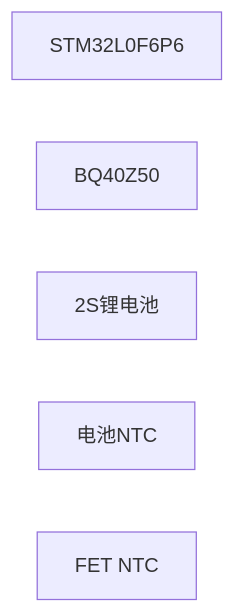
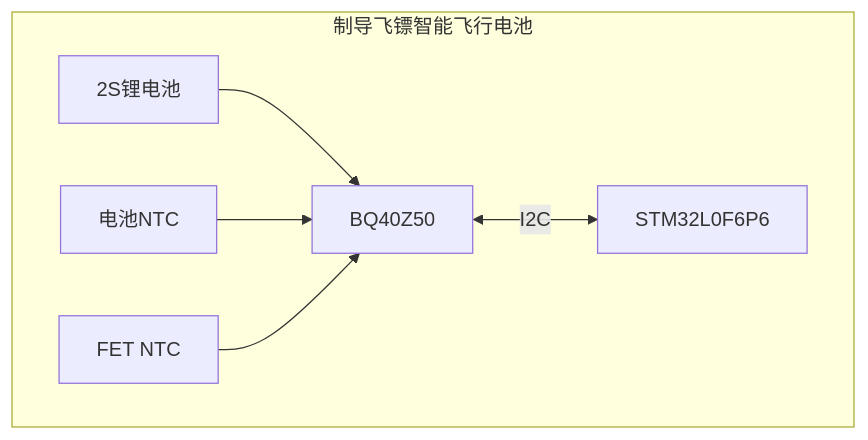
The first of 4 diagrams in src/dart_bms/README.md (CodeMax-aaaaa/dart-ros2-workspace), drawn with Mermaid before and after one commit. The commit also changed other lines of this file, not shown here.

````diff
--- a/src/dart_bms/README.md
+++ b/src/dart_bms/README.md
@@ -9,9 +9,16 @@
 ```mermaid
-graph LR
-    A[STM32L0F6P6]
-    B[BQ40Z50]
-    C[2S锂电池]
-    D[电池NTC]
-    E[FET NTC]
+graph TD
+    subgraph 制导飞镖智能飞行电池
+        A[STM32L0F6P6]
+        B[BQ40Z50]
+        C[2S锂电池]
+        D[电池NTC]
+        E[FET NTC]
+        C --> B
+        D --> B
+        E --> B
+        %% B双向箭头A，箭头上写I2C
+        B <-->|I2C| A
 
+    end
 ```
````
